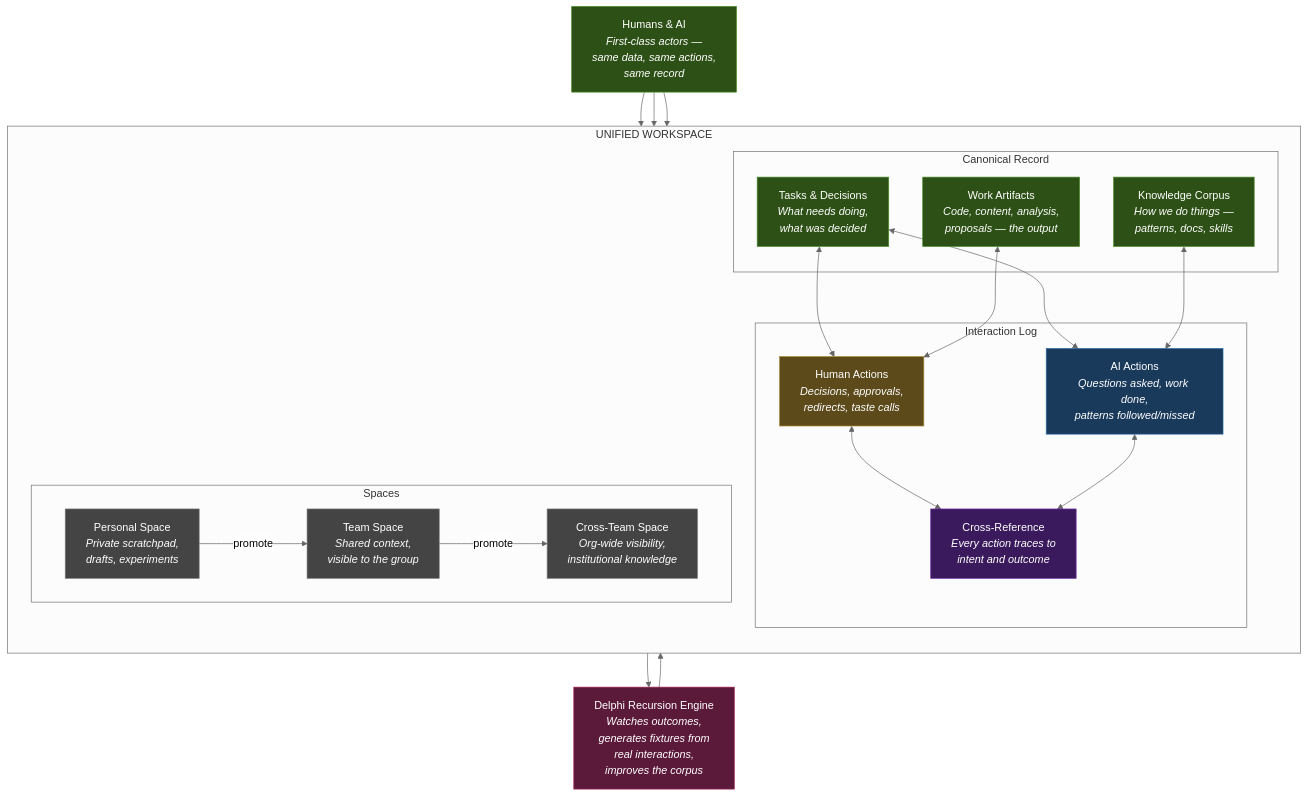
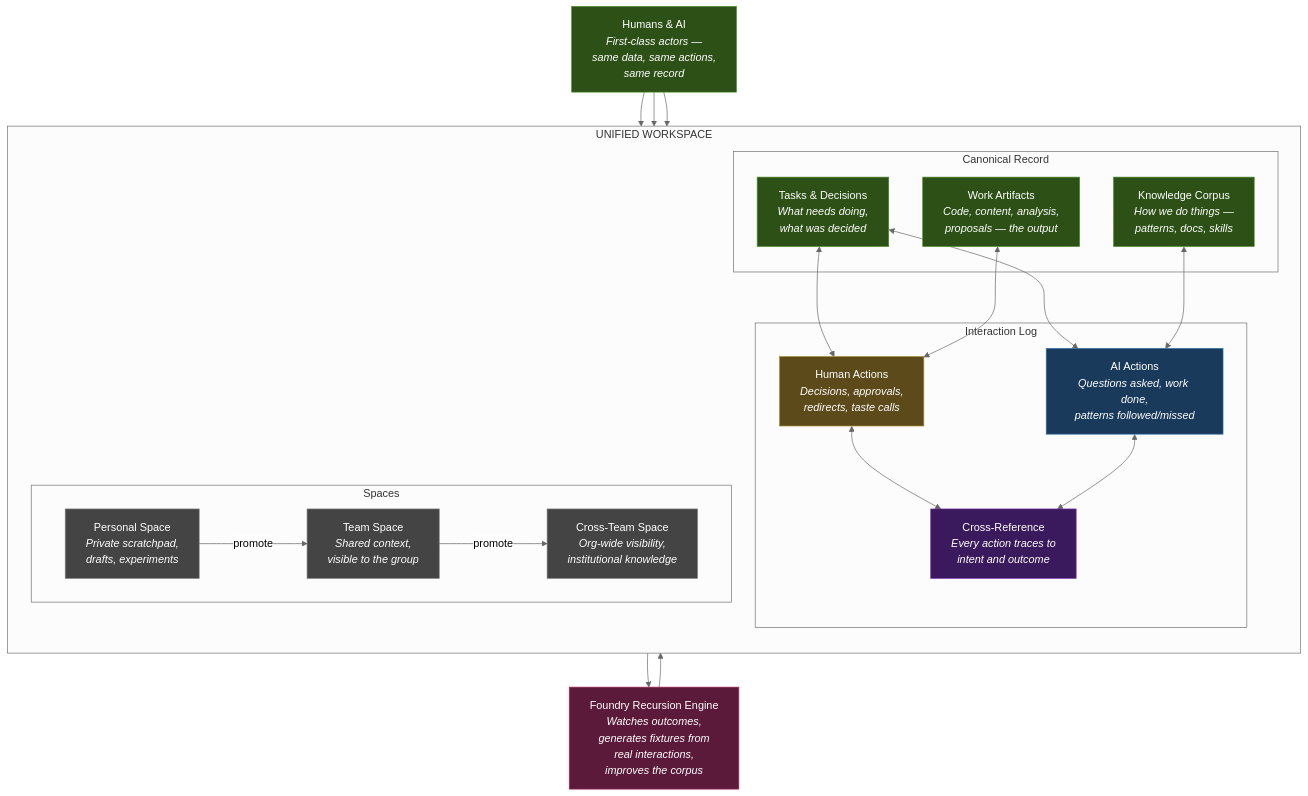
Before and after one commit to inixiative/foundry: the seventh of 11 diagrams in PROPOSAL.md, drawn with Mermaid (neutral theme). The commit also changed other lines of this file, not shown here.

First line of the commit message:
Rename project from Delphi to Foundry

````diff
--- a/PROPOSAL.md
+++ b/PROPOSAL.md
@@ -215,56 +215,56 @@
 ```mermaid
 graph TB
     subgraph "UNIFIED WORKSPACE"
         direction TB
 
         subgraph "Canonical Record"
             TASKS["Tasks & Decisions<br/><i>What needs doing,<br/>what was decided</i>"]
             CORPUS["Knowledge Corpus<br/><i>How we do things —<br/>patterns, docs, skills</i>"]
             ASSETS["Work Artifacts<br/><i>Code, content, analysis,<br/>proposals — the output</i>"]
         end
 
         subgraph "Interaction Log"
             HUMAN_LOG["Human Actions<br/><i>Decisions, approvals,<br/>redirects, taste calls</i>"]
             AI_LOG["AI Actions<br/><i>Questions asked, work done,<br/>patterns followed/missed</i>"]
             CROSS["Cross-Reference<br/><i>Every action traces to<br/>intent and outcome</i>"]
         end
 
         subgraph "Spaces"
             PERSONAL["Personal Space<br/><i>Private scratchpad,<br/>drafts, experiments</i>"]
             TEAM["Team Space<br/><i>Shared context,<br/>visible to the group</i>"]
             CROSS_TEAM["Cross-Team Space<br/><i>Org-wide visibility,<br/>institutional knowledge</i>"]
         end
 
         TASKS <--> HUMAN_LOG
         TASKS <--> AI_LOG
         CORPUS <--> AI_LOG
         ASSETS <--> HUMAN_LOG
         HUMAN_LOG <--> CROSS
         AI_LOG <--> CROSS
 
         PERSONAL -->|"promote"| TEAM
         TEAM -->|"promote"| CROSS_TEAM
     end
 
     BOTH["Humans & AI<br/><i>First-class actors —<br/>same data, same actions,<br/>same record</i>"]
     BOTH --> TASKS
     BOTH --> CORPUS
     BOTH --> ASSETS
 
-    DELPHI_ENGINE["Delphi Recursion Engine<br/><i>Watches outcomes,<br/>generates fixtures from<br/>real interactions,<br/>improves the corpus</i>"]
+    DELPHI_ENGINE["Foundry Recursion Engine<br/><i>Watches outcomes,<br/>generates fixtures from<br/>real interactions,<br/>improves the corpus</i>"]
 
     CROSS --> DELPHI_ENGINE
     DELPHI_ENGINE --> CORPUS
 
     style TASKS fill:#2d5016,stroke:#4a8c28,color:#fff
     style CORPUS fill:#2d5016,stroke:#4a8c28,color:#fff
     style ASSETS fill:#2d5016,stroke:#4a8c28,color:#fff
     style HUMAN_LOG fill:#5c4a1a,stroke:#a6862e,color:#fff
     style AI_LOG fill:#1a3a5c,stroke:#2e6ba6,color:#fff
     style CROSS fill:#3a1a5c,stroke:#6e2ea6,color:#fff
     style PERSONAL fill:#444,stroke:#777,color:#fff
     style TEAM fill:#444,stroke:#777,color:#fff
     style CROSS_TEAM fill:#444,stroke:#777,color:#fff
     style BOTH fill:#2d5016,stroke:#4a8c28,color:#fff
     style DELPHI_ENGINE fill:#5c1a3a,stroke:#a62e5c,color:#fff
 ```
````
